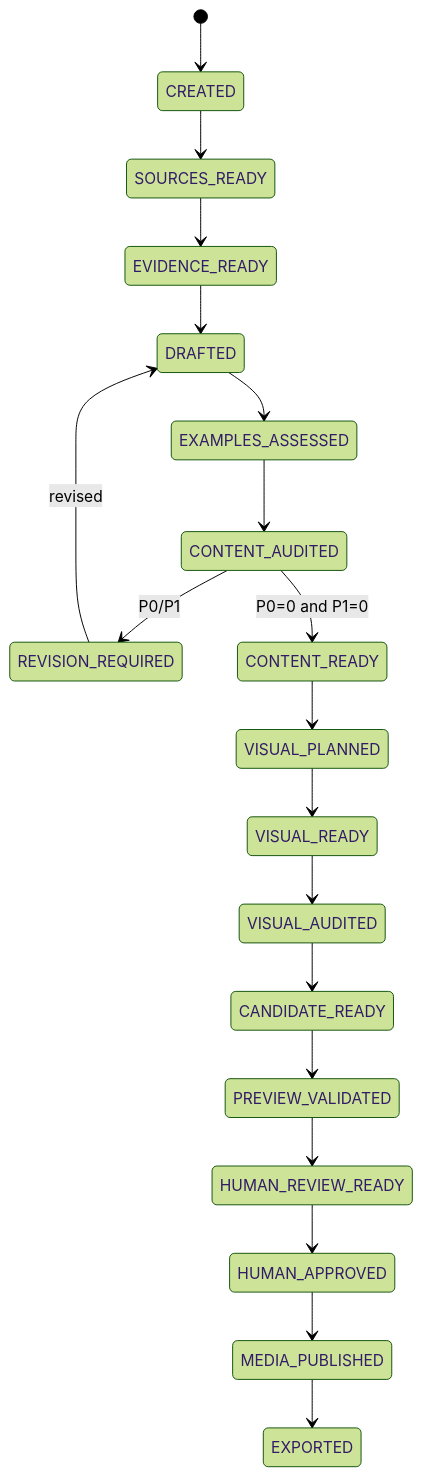
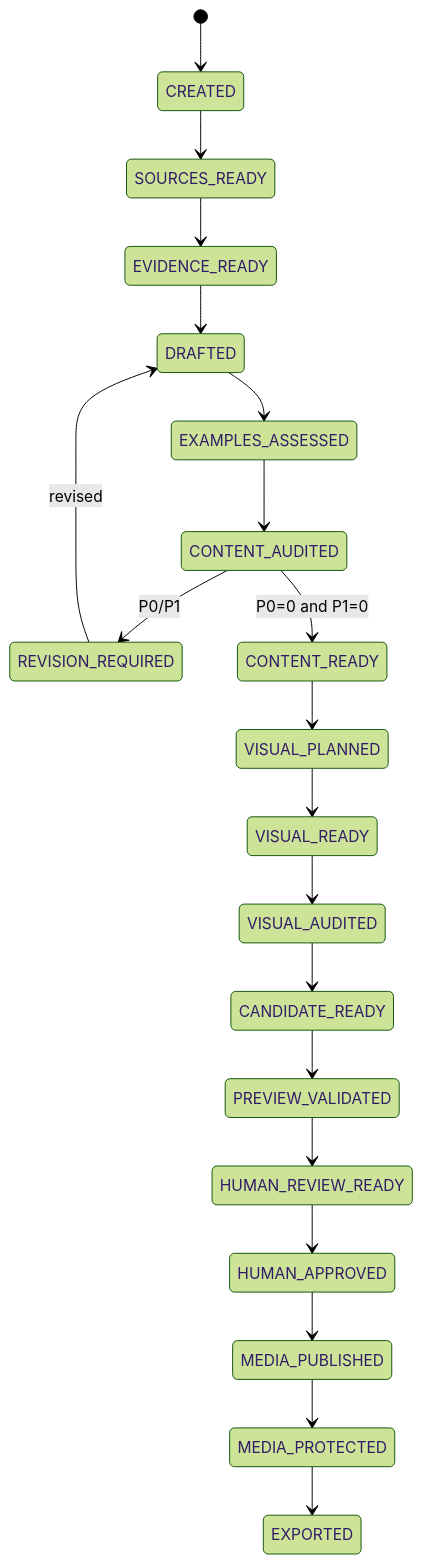
One commit to Xpotato1024/xpotato-site changed the diagram in docs/architecture/article-state-machine.md. Above: the diagram before and after it, drawn with Mermaid (forest theme). The commit also changed other lines of this file, not shown here.

Commit message:
Require protected media state before repository export

````diff
--- a/docs/architecture/article-state-machine.md
+++ b/docs/architecture/article-state-machine.md
@@ -38,21 +39,22 @@
 ```mermaid
 stateDiagram-v2
     [*] --> CREATED
     CREATED --> SOURCES_READY
     SOURCES_READY --> EVIDENCE_READY
     EVIDENCE_READY --> DRAFTED
     DRAFTED --> EXAMPLES_ASSESSED
     EXAMPLES_ASSESSED --> CONTENT_AUDITED
     CONTENT_AUDITED --> REVISION_REQUIRED: P0/P1
     REVISION_REQUIRED --> DRAFTED: revised
     CONTENT_AUDITED --> CONTENT_READY: P0=0 and P1=0
     CONTENT_READY --> VISUAL_PLANNED
     VISUAL_PLANNED --> VISUAL_READY
     VISUAL_READY --> VISUAL_AUDITED
     VISUAL_AUDITED --> CANDIDATE_READY
     CANDIDATE_READY --> PREVIEW_VALIDATED
     PREVIEW_VALIDATED --> HUMAN_REVIEW_READY
     HUMAN_REVIEW_READY --> HUMAN_APPROVED
     HUMAN_APPROVED --> MEDIA_PUBLISHED
-    MEDIA_PUBLISHED --> EXPORTED
+    MEDIA_PUBLISHED --> MEDIA_PROTECTED
+    MEDIA_PROTECTED --> EXPORTED
 ```
````
